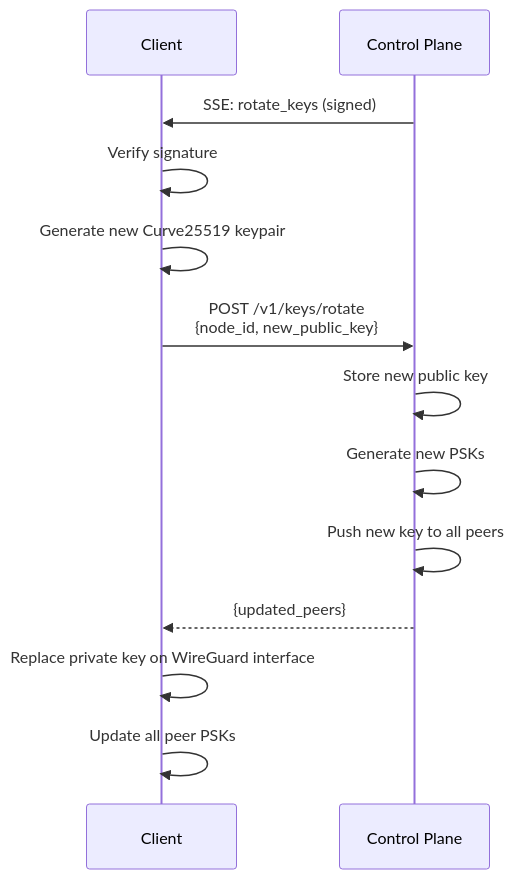
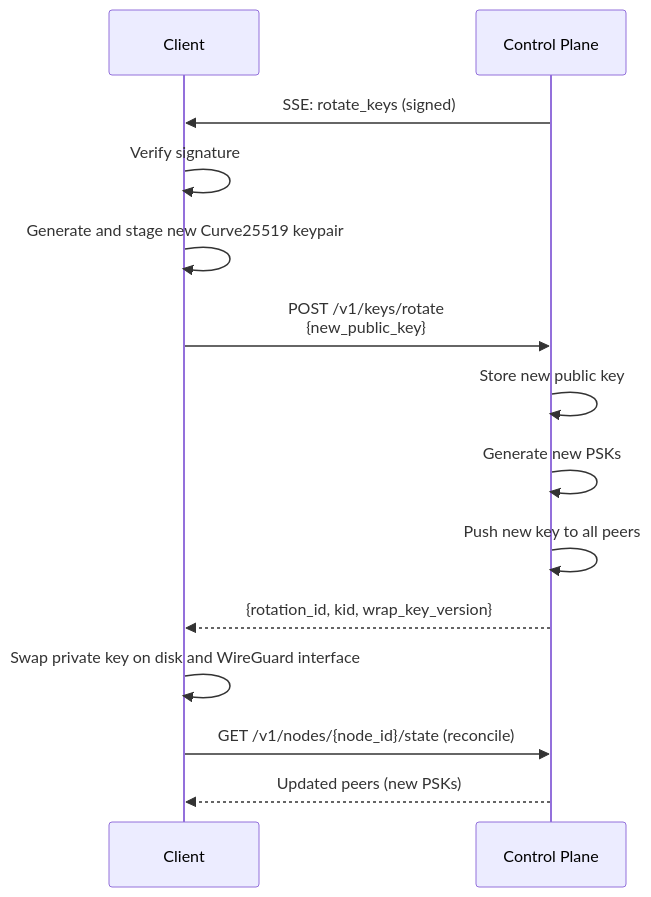
The second of 3 diagrams in docs/guide/security.md (plexsphere/plexd), drawn with Mermaid before and after one commit. The commit also changed other lines of this file and 5 other files, not shown here.

First line of the commit message:
docs: describe the v1 key-rotation flow and receipt

````diff
--- a/docs/guide/security.md
+++ b/docs/guide/security.md
@@ -125,16 +125,17 @@
 ```mermaid
 sequenceDiagram
     participant C as Client
     participant CP as Control Plane
 
     CP->>C: SSE: rotate_keys (signed)
     C->>C: Verify signature
-    C->>C: Generate new Curve25519 keypair
-    C->>CP: POST /v1/keys/rotate<br/>{node_id, new_public_key}
+    C->>C: Generate and stage new Curve25519 keypair
+    C->>CP: POST /v1/keys/rotate<br/>{new_public_key}
     CP->>CP: Store new public key
     CP->>CP: Generate new PSKs
     CP->>CP: Push new key to all peers
-    CP-->>C: {updated_peers}
-    C->>C: Replace private key on WireGuard interface
-    C->>C: Update all peer PSKs
+    CP-->>C: {rotation_id, kid, wrap_key_version}
+    C->>C: Swap private key on disk and WireGuard interface
+    C->>CP: GET /v1/nodes/{node_id}/state (reconcile)
+    CP-->>C: Updated peers (new PSKs)
 ```
````
